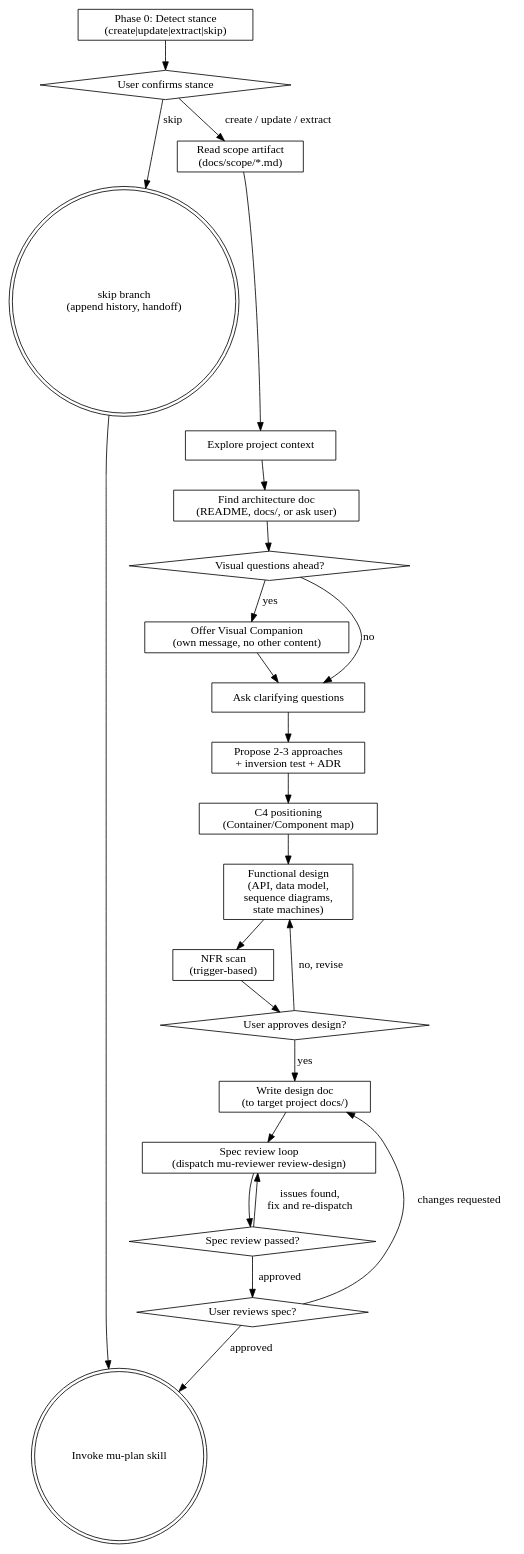
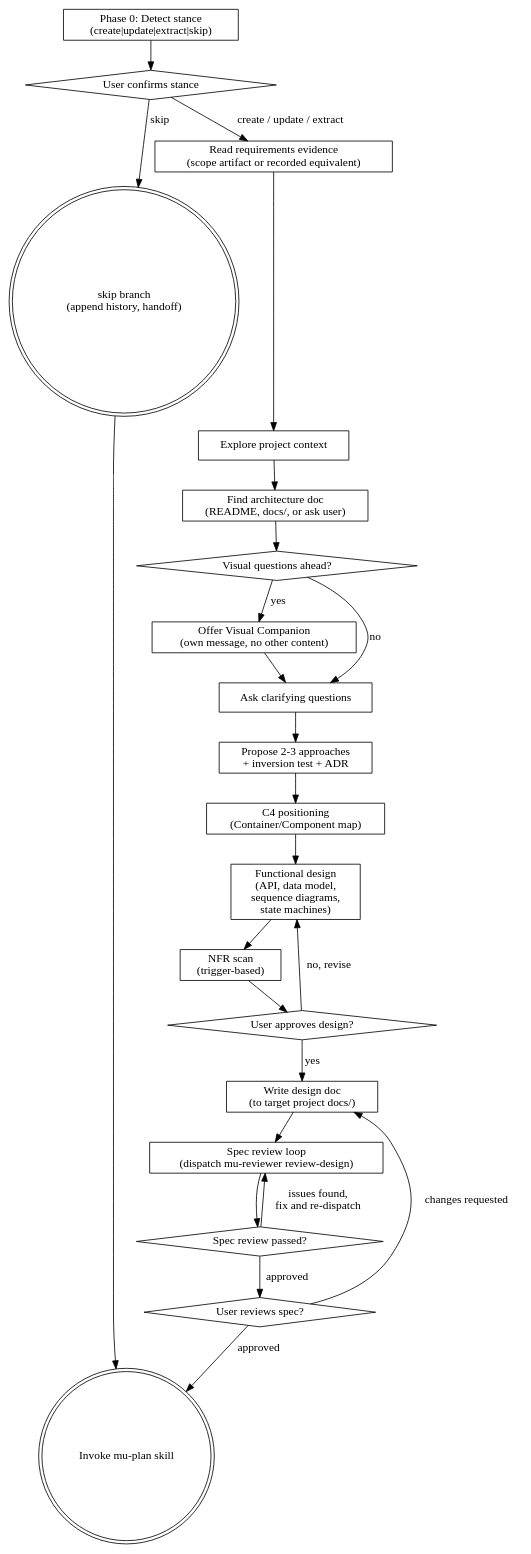
One commit to knotmark-ai/devmuse changed the diagram in skills/mu-arch/SKILL.md. Above: the diagram before and after it, drawn with Graphviz. The commit also changed other lines of this file and 16 other files, not shown here.

First line of the commit message:
feat!: guidance over enforcement — evidence-based gates, Pipeline Graph (2.0.0)

````diff
--- a/skills/mu-arch/SKILL.md
+++ b/skills/mu-arch/SKILL.md
@@ -81,47 +79,47 @@
 ```dot
 digraph mu_design {
     "Phase 0: Detect stance\n(create|update|extract|skip)" [shape=box];
     "User confirms stance" [shape=diamond];
     "skip branch\n(append history, handoff)" [shape=doublecircle];
-    "Read scope artifact\n(docs/scope/*.md)" [shape=box];
+    "Read requirements evidence\n(scope artifact or recorded equivalent)" [shape=box];
     "Explore project context" [shape=box];
     "Find architecture doc\n(README, docs/, or ask user)" [shape=box];
     "Visual questions ahead?" [shape=diamond];
     "Offer Visual Companion\n(own message, no other content)" [shape=box];
     "Ask clarifying questions" [shape=box];
     "Propose 2-3 approaches\n+ inversion test + ADR" [shape=box];
     "C4 positioning\n(Container/Component map)" [shape=box];
     "Functional design\n(API, data model,\nsequence diagrams,\nstate machines)" [shape=box];
     "NFR scan\n(trigger-based)" [shape=box];
     "User approves design?" [shape=diamond];
     "Write design doc\n(to target project docs/)" [shape=box];
     "Spec review loop\n(dispatch mu-reviewer review-design)" [shape=box];
     "Spec review passed?" [shape=diamond];
     "User reviews spec?" [shape=diamond];
     "Invoke mu-plan skill" [shape=doublecircle];
 
     "Phase 0: Detect stance\n(create|update|extract|skip)" -> "User confirms stance";
     "User confirms stance" -> "skip branch\n(append history, handoff)" [label="skip"];
-    "User confirms stance" -> "Read scope artifact\n(docs/scope/*.md)" [label="create / update / extract"];
+    "User confirms stance" -> "Read requirements evidence\n(scope artifact or recorded equivalent)" [label="create / update / extract"];
     "skip branch\n(append history, handoff)" -> "Invoke mu-plan skill";
-    "Read scope artifact\n(docs/scope/*.md)" -> "Explore project context";
+    "Read requirements evidence\n(scope artifact or recorded equivalent)" -> "Explore project context";
     "Explore project context" -> "Find architecture doc\n(README, docs/, or ask user)";
     "Find architecture doc\n(README, docs/, or ask user)" -> "Visual questions ahead?";
     "Visual questions ahead?" -> "Offer Visual Companion\n(own message, no other content)" [label="yes"];
     "Visual questions ahead?" -> "Ask clarifying questions" [label="no"];
     "Offer Visual Companion\n(own message, no other content)" -> "Ask clarifying questions";
     "Ask clarifying questions" -> "Propose 2-3 approaches\n+ inversion test + ADR";
     "Propose 2-3 approaches\n+ inversion test + ADR" -> "C4 positioning\n(Container/Component map)";
     "C4 positioning\n(Container/Component map)" -> "Functional design\n(API, data model,\nsequence diagrams,\nstate machines)";
     "Functional design\n(API, data model,\nsequence diagrams,\nstate machines)" -> "NFR scan\n(trigger-based)";
     "NFR scan\n(trigger-based)" -> "User approves design?";
     "User approves design?" -> "Functional design\n(API, data model,\nsequence diagrams,\nstate machines)" [label="no, revise"];
     "User approves design?" -> "Write design doc\n(to target project docs/)" [label="yes"];
     "Write design doc\n(to target project docs/)" -> "Spec review loop\n(dispatch mu-reviewer review-design)";
     "Spec review loop\n(dispatch mu-reviewer review-design)" -> "Spec review passed?";
     "Spec review passed?" -> "Spec review loop\n(dispatch mu-reviewer review-design)" [label="issues found,\nfix and re-dispatch"];
     "Spec review passed?" -> "User reviews spec?" [label="approved"];
     "User reviews spec?" -> "Write design doc\n(to target project docs/)" [label="changes requested"];
     "User reviews spec?" -> "Invoke mu-plan skill" [label="approved"];
 }
 ```
````
